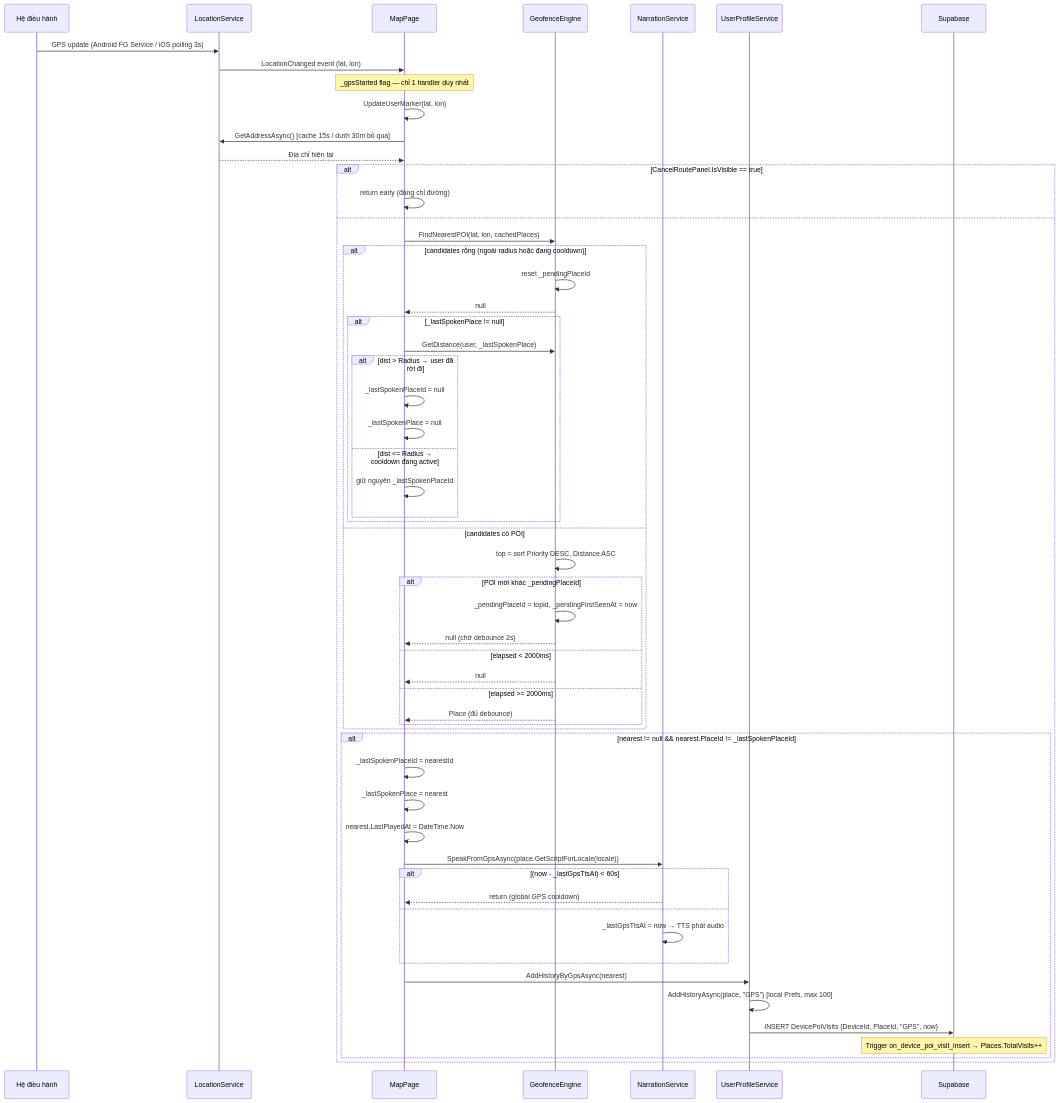
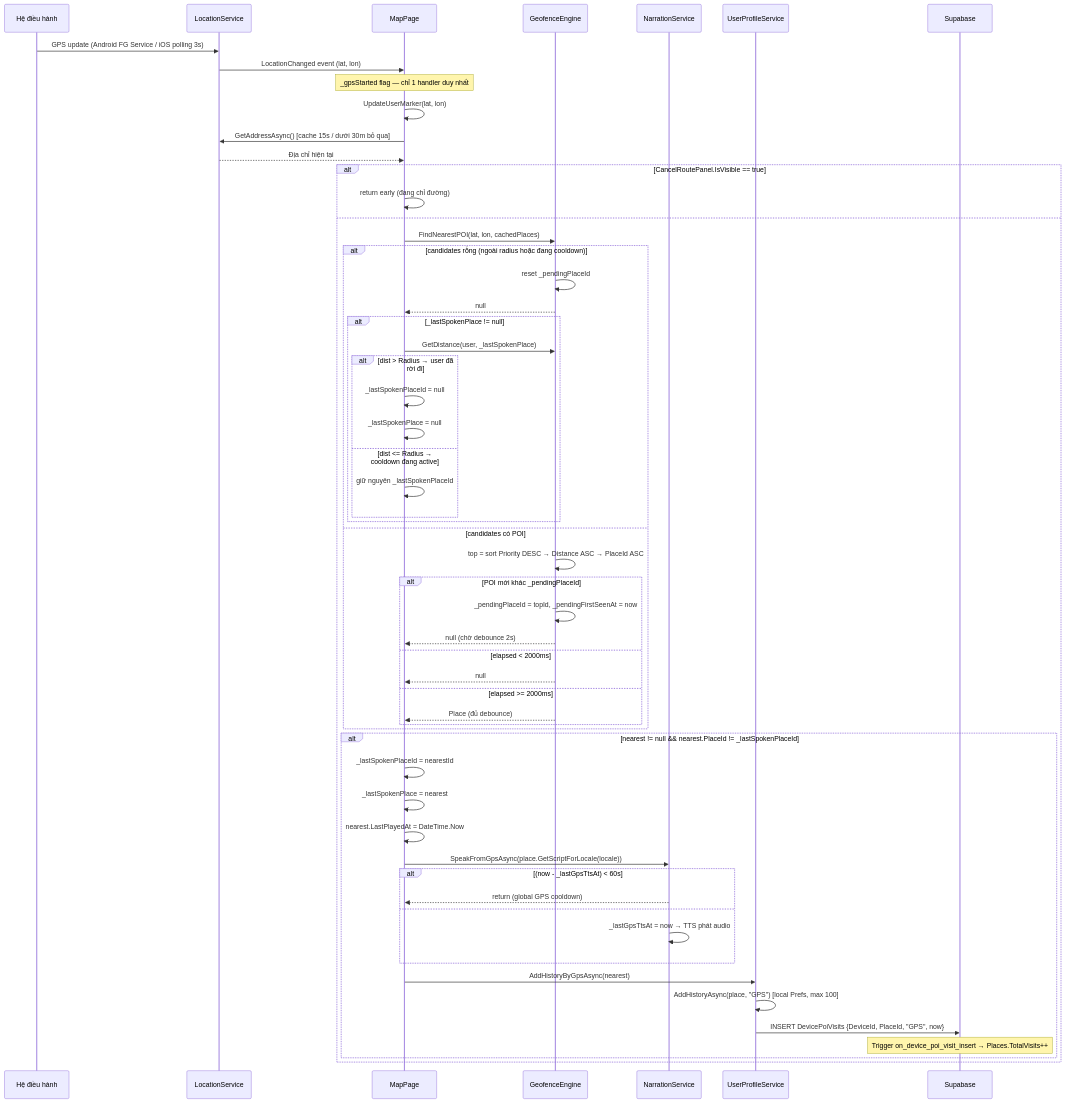
One commit to MTai55/TourguideProjectApp changed the seventh of 22 diagrams in PRD.md. Above: the diagram before and after it, drawn with Mermaid. The commit also changed other lines of this file and 6 other files, not shown here.

````diff
--- a/PRD.md
+++ b/PRD.md
@@ -1355,64 +1379,64 @@
 ```mermaid
 sequenceDiagram
     participant OS as Hệ điều hành
     participant LS as LocationService
     participant MapPage
     participant GE as GeofenceEngine
     participant NS as NarrationService
     participant UPS as UserProfileService
     participant Supabase
 
     OS->>LS: GPS update (Android FG Service / iOS polling 3s)
     LS->>MapPage: LocationChanged event (lat, lon)
     Note over MapPage: _gpsStarted flag — chỉ 1 handler duy nhất
 
     MapPage->>MapPage: UpdateUserMarker(lat, lon)
     MapPage->>LS: GetAddressAsync() [cache 15s / dưới 30m bỏ qua]
     LS-->>MapPage: Địa chỉ hiện tại
 
     alt CancelRoutePanel.IsVisible == true
         MapPage->>MapPage: return early (đang chỉ đường)
     else
         MapPage->>GE: FindNearestPOI(lat, lon, cachedPlaces)
 
         alt candidates rỗng (ngoài radius hoặc đang cooldown)
             GE->>GE: reset _pendingPlaceId
             GE-->>MapPage: null
             alt _lastSpokenPlace != null
                 MapPage->>GE: GetDistance(user, _lastSpokenPlace)
                 alt dist > Radius → user đã rời đi
                     MapPage->>MapPage: _lastSpokenPlaceId = null
                     MapPage->>MapPage: _lastSpokenPlace = null
                 else dist <= Radius → cooldown đang active
                     MapPage->>MapPage: giữ nguyên _lastSpokenPlaceId
                 end
             end
         else candidates có POI
-            GE->>GE: top = sort Priority DESC, Distance ASC
+            GE->>GE: top = sort Priority DESC → Distance ASC → PlaceId ASC
             alt POI mới khác _pendingPlaceId
                 GE->>GE: _pendingPlaceId = topId, _pendingFirstSeenAt = now
                 GE-->>MapPage: null (chờ debounce 2s)
             else elapsed < 2000ms
                 GE-->>MapPage: null
             else elapsed >= 2000ms
                 GE-->>MapPage: Place (đủ debounce)
             end
         end
 
         alt nearest != null && nearest.PlaceId != _lastSpokenPlaceId
             MapPage->>MapPage: _lastSpokenPlaceId = nearestId
             MapPage->>MapPage: _lastSpokenPlace = nearest
             MapPage->>MapPage: nearest.LastPlayedAt = DateTime.Now
             MapPage->>NS: SpeakFromGpsAsync(place.GetScriptForLocale(locale))
             alt (now - _lastGpsTtsAt) < 60s
                 NS-->>MapPage: return (global GPS cooldown)
             else
                 NS->>NS: _lastGpsTtsAt = now → TTS phát audio
             end
             MapPage->>UPS: AddHistoryByGpsAsync(nearest)
             UPS->>UPS: AddHistoryAsync(place, "GPS") [local Prefs, max 100]
             UPS->>Supabase: INSERT DevicePoiVisits {DeviceId, PlaceId, "GPS", now}
             Note over Supabase: Trigger on_device_poi_visit_insert → Places.TotalVisits++
         end
     end
 ```
````
